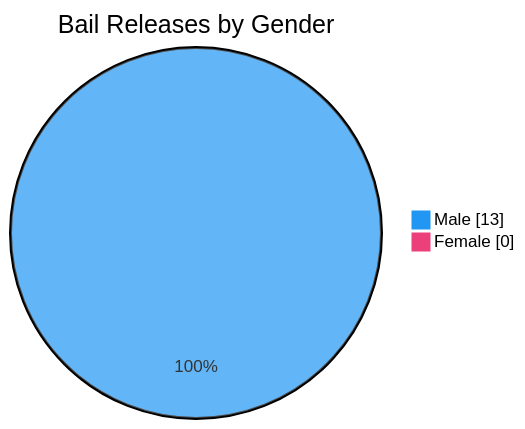
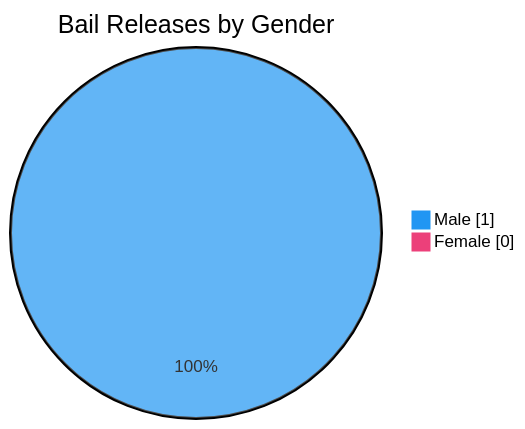
One commit to nuuuwan/lk_prisons changed the seventh of 7 diagrams in README.md. Above: the diagram before and after it, drawn with Mermaid. The commit also changed other lines of this file and 1 other file, not shown here.

````diff
--- a/README.md
+++ b/README.md
@@ -109,6 +109,6 @@
 ```mermaid
 %%{init: {'themeVariables': {'pie1': '#2196F3', 'pie2': '#EC407A'}}}%%
 pie showData title Bail Releases by Gender
-    "Male" : 13
+    "Male" : 1
     "Female" : 0
 ```
````
